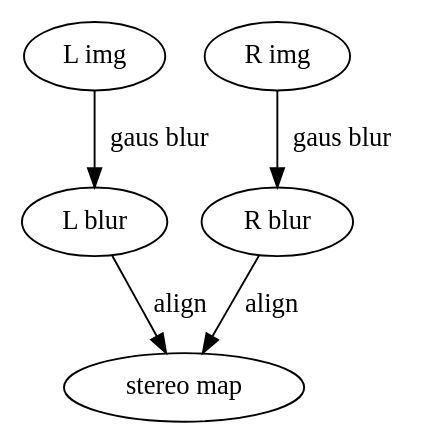
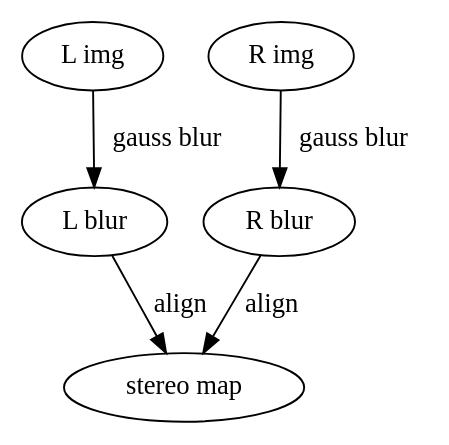
Before and after one commit to charmoniumQ/PROBE: the diagram in docs/publications/lit_review/application-level.dot, drawn with Graphviz. The commit also changed 7 other files, not shown here.

```diff
--- a/docs/publications/lit_review/application-level.dot
+++ b/docs/publications/lit_review/application-level.dot
@@ -1,10 +1,10 @@
 digraph {
   A [label="L img"];
   B [label="R img"];
   C [label="L blur"];
   D [label="R blur"];
   E [label="stereo map"];
-  A -> C [label="gaus blur"];
-  B -> D [label="gaus blur"];
+  A -> C [label="gauss blur"];
+  B -> D [label="gauss blur"];
   {C, D} -> E [label="align"];
 }
```
